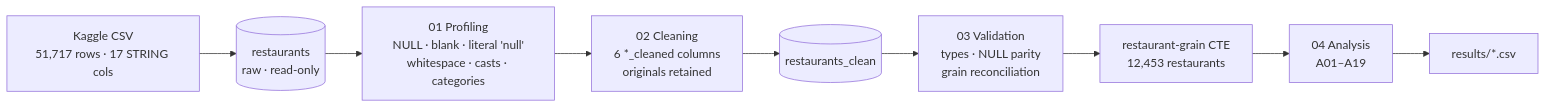
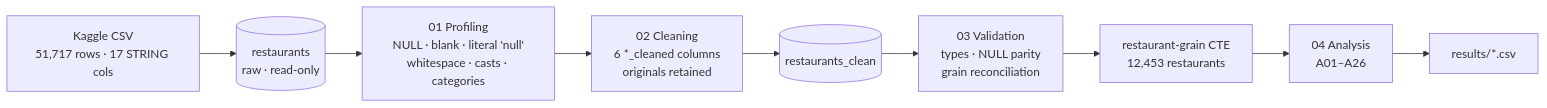
Before and after one commit to tanmaymandal0207-cmyk/zomato-bangalore-sql-analysis: the diagram in README.md, drawn with Mermaid. The commit also changed other lines of this file and 1 other file, not shown here.

````diff
--- a/README.md
+++ b/README.md
@@ -62,11 +62,11 @@
 ```mermaid
 flowchart LR
     A[Kaggle CSV<br/>51,717 rows · 17 STRING cols] --> B[(restaurants<br/>raw · read-only)]
     B --> C[01 Profiling<br/>NULL · blank · literal 'null'<br/>whitespace · casts · categories]
     C --> D[02 Cleaning<br/>6 *_cleaned columns<br/>originals retained]
     D --> E[(restaurants_clean)]
     E --> F[03 Validation<br/>types · NULL parity<br/>grain reconciliation]
     F --> G[restaurant-grain CTE<br/>12,453 restaurants]
-    G --> H[04 Analysis<br/>A01–A19]
+    G --> H[04 Analysis<br/>A01–A26]
     H --> I[results/*.csv]
 ```
````
